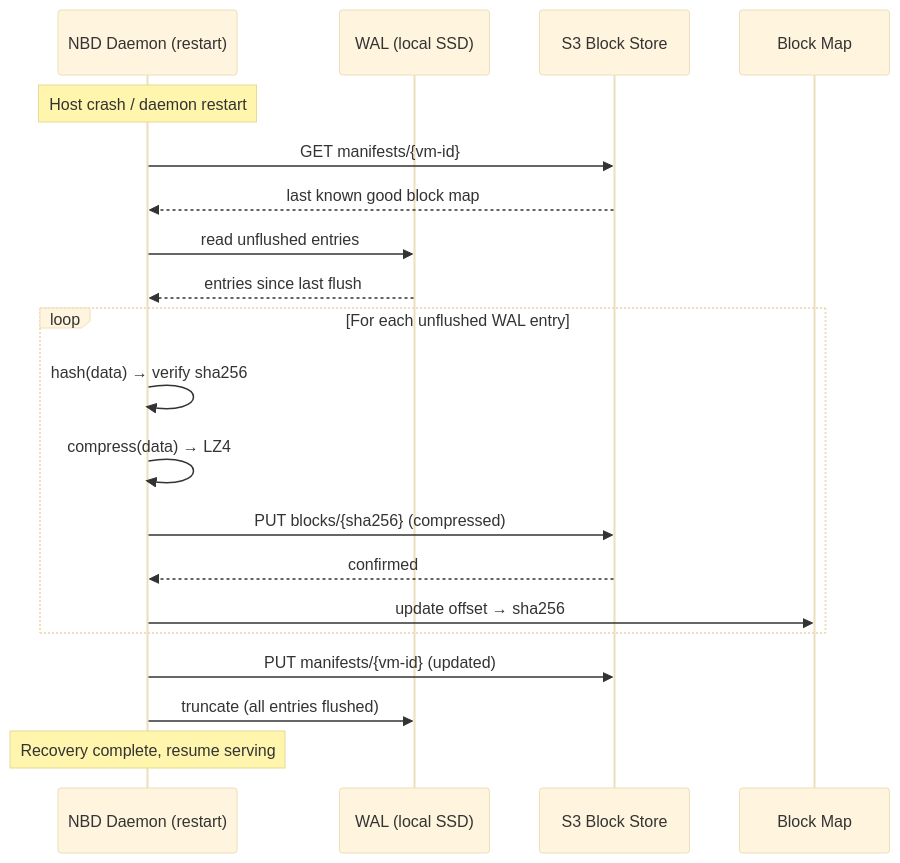
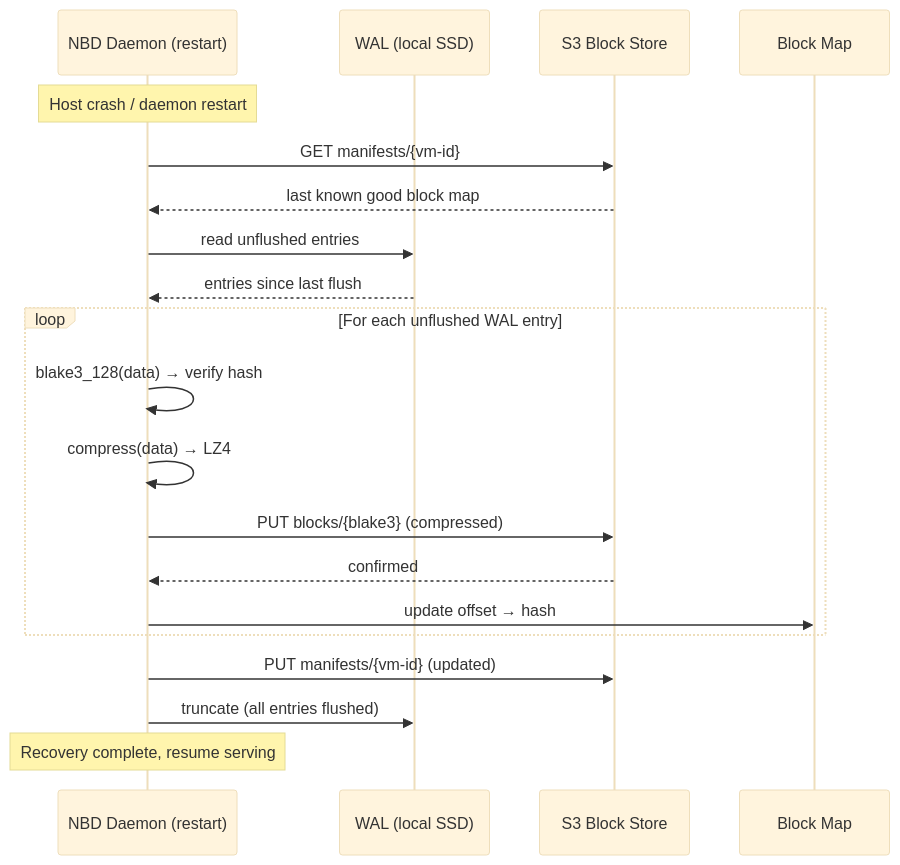
Before and after one commit to paraglidehq/glidefs: diagram 13 of 18 in GLIDEv2.md, drawn with Mermaid (base theme). The commit also changed other lines of this file, not shown here.

````diff
--- a/GLIDEv2.md
+++ b/GLIDEv2.md
@@ -401,25 +650,25 @@
 ```mermaid
 sequenceDiagram
     participant D as NBD Daemon (restart)
     participant WAL as WAL (local SSD)
     participant S3 as S3 Block Store
     participant M as Block Map
 
     Note over D: Host crash / daemon restart
     D->>S3: GET manifests/{vm-id}
     S3-->>D: last known good block map
     D->>WAL: read unflushed entries
     WAL-->>D: entries since last flush
 
     loop For each unflushed WAL entry
-        D->>D: hash(data) → verify sha256
+        D->>D: blake3_128(data) → verify hash
         D->>D: compress(data) → LZ4
-        D->>S3: PUT blocks/{sha256} (compressed)
+        D->>S3: PUT blocks/{blake3} (compressed)
         S3-->>D: confirmed
-        D->>M: update offset → sha256
+        D->>M: update offset → hash
     end
 
     D->>S3: PUT manifests/{vm-id} (updated)
     D->>WAL: truncate (all entries flushed)
     Note over D: Recovery complete, resume serving
 ```
````
